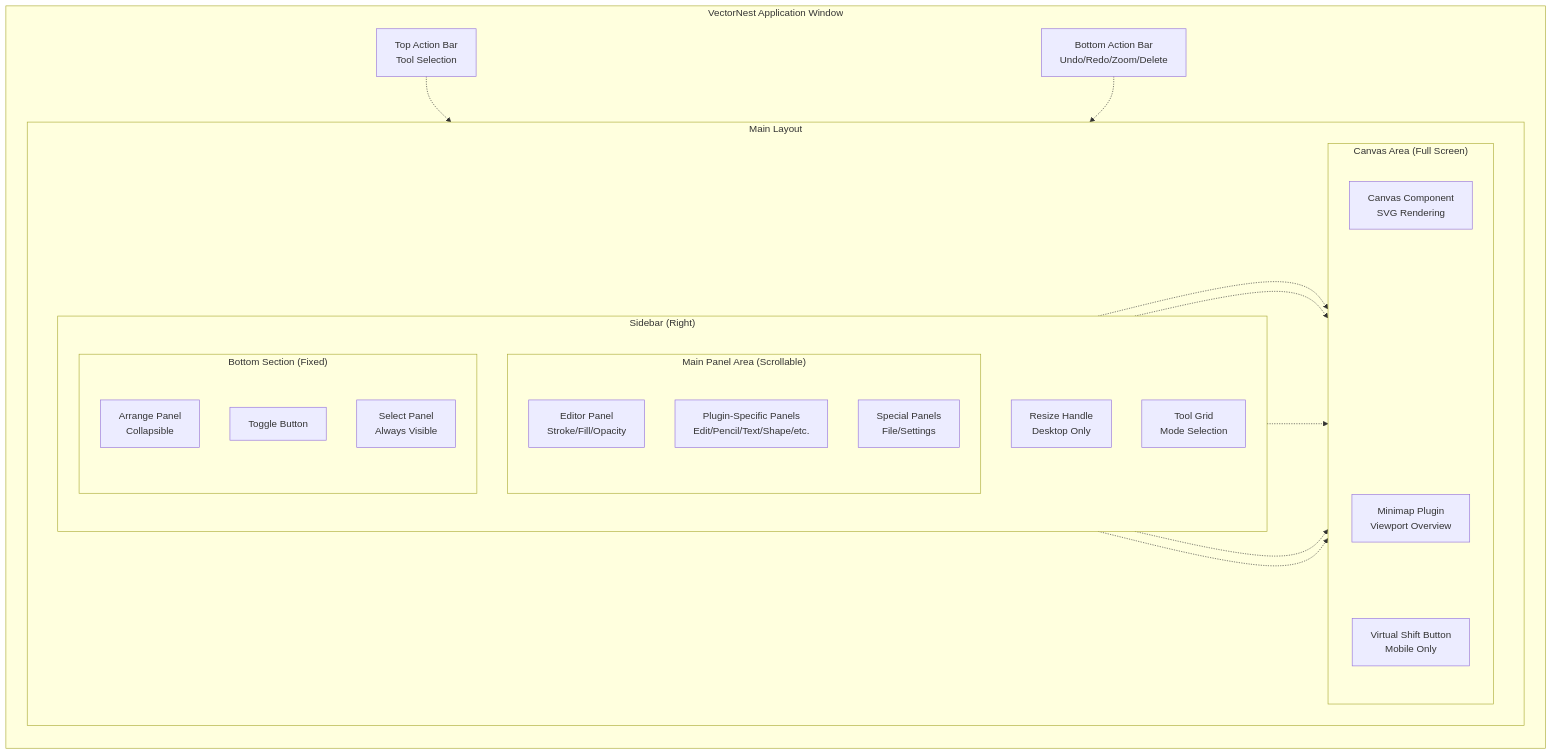
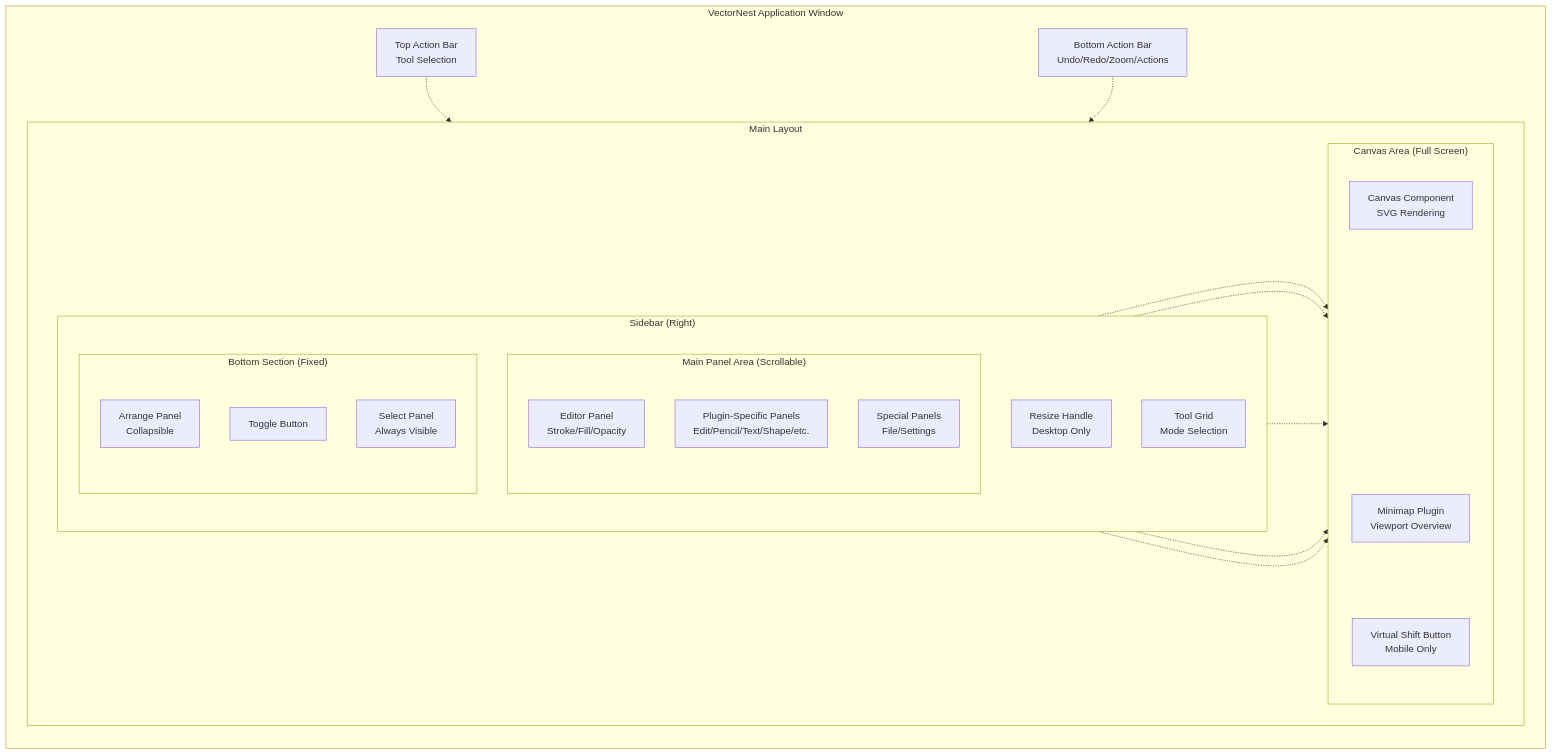
The first of 2 diagrams in doc/docs/app-structure/overview.md (ekrsulov/ttpe), drawn with Mermaid before and after one commit. The commit also changed other lines of this file and 2 other files, not shown here.

Commit message:
feat(actionbars): update Bottom Action Bar to include contextual actions and replace delete button with context menu

````diff
--- a/doc/docs/app-structure/overview.md
+++ b/doc/docs/app-structure/overview.md
@@ -15,59 +15,59 @@
 ```mermaid
 graph TB
     subgraph App["VectorNest Application Window"]
         direction TB
         
         TopBar[Top Action Bar<br/>Tool Selection]
         
         subgraph Layout["Main Layout"]
             direction LR
             
             subgraph Canvas["Canvas Area (Full Screen)"]
                 direction TB
                 CanvasMain[Canvas Component<br/>SVG Rendering]
                 CanvasSpace1[ ]
                 CanvasSpace2[ ]
                 Minimap[Minimap Plugin<br/>Viewport Overview]
                 VirtualShift[Virtual Shift Button<br/>Mobile Only]
                 
                 style CanvasSpace1 fill:none,stroke:none
                 style CanvasSpace2 fill:none,stroke:none
             end
             
             subgraph Sidebar["Sidebar (Right)"]
                 direction TB
                 ResizeHandle[Resize Handle<br/>Desktop Only]
                 ToolGrid[Tool Grid<br/>Mode Selection]
                 
                 subgraph MainPanels["Main Panel Area (Scrollable)"]
                     direction TB
                     EditorPanel[Editor Panel<br/>Stroke/Fill/Opacity]
                     PluginPanels[Plugin-Specific Panels<br/>Edit/Pencil/Text/Shape/etc.]
                     SpecialPanels[Special Panels<br/>File/Settings]
                 end
                 
                 subgraph BottomSection["Bottom Section (Fixed)"]
                     direction TB
                     ArrangePanel[Arrange Panel<br/>Collapsible]
                     ToggleBtn[Toggle Button]
                     SelectPanel[Select Panel<br/>Always Visible]
                 end
             end
         end
         
-        BottomBar[Bottom Action Bar<br/>Undo/Redo/Zoom/Delete]
+        BottomBar[Bottom Action Bar<br/>Undo/Redo/Zoom/Actions]
     end
     
     TopBar -.-> CanvasMain
     ToolGrid -.-> CanvasMain
     EditorPanel -.-> CanvasMain
     PluginPanels -.-> CanvasMain
     ArrangePanel -.-> CanvasMain
     SelectPanel -.-> CanvasMain
     BottomBar -.-> CanvasMain
     
     CanvasMain ~~~ CanvasSpace1
     CanvasSpace1 ~~~ CanvasSpace2
     CanvasSpace2 ~~~ Minimap
     Minimap ~~~ VirtualShift
 ```
````
